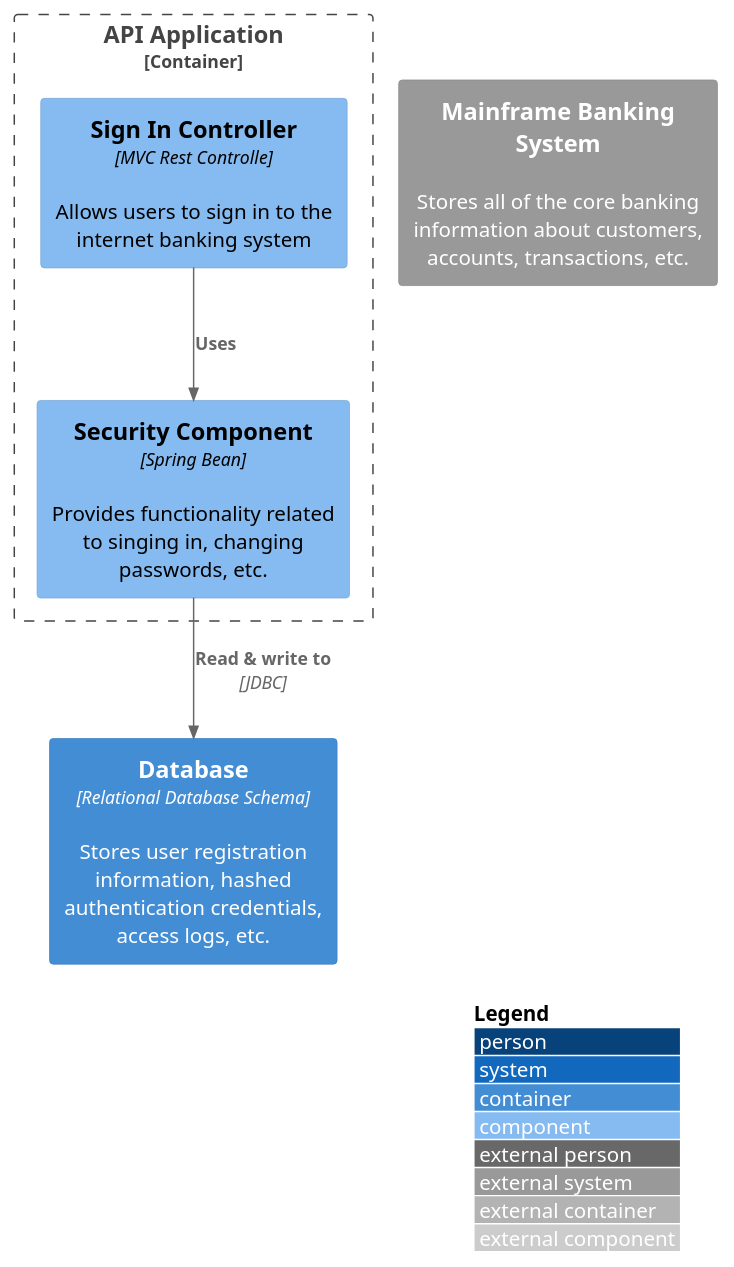
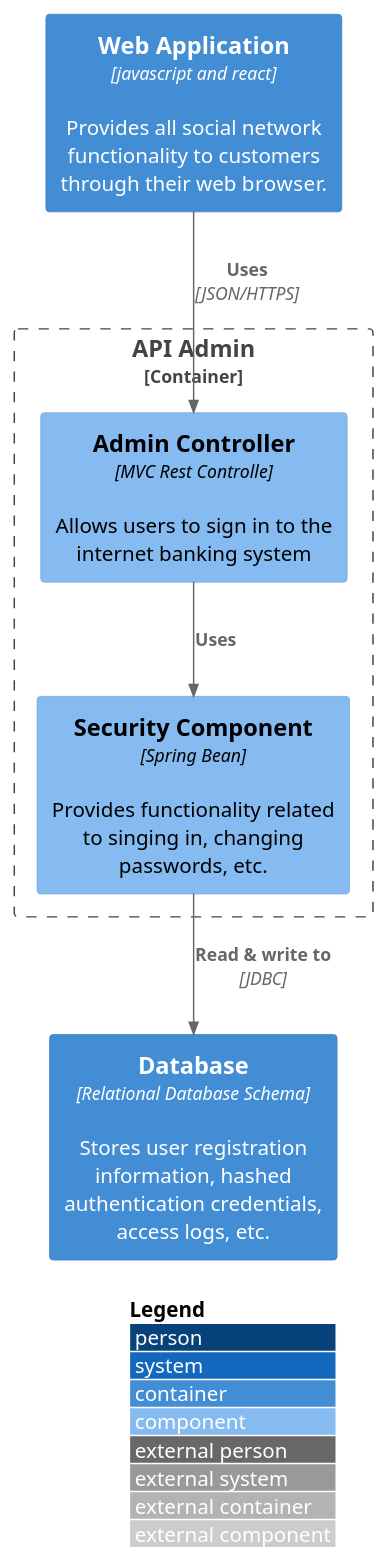
One commit to ertelsoares/Disciplinas-TSI changed the diagram in C4-Analise-de-sistemas-2/ModeloArquiteturaC4/src/Red-Chat/API Admin/container.puml. Above: the diagram before and after it, drawn with PlantUML.

```diff
--- a/C4-Analise-de-sistemas-2/ModeloArquiteturaC4/src/Red-Chat/API Admin/container.puml
+++ b/C4-Analise-de-sistemas-2/ModeloArquiteturaC4/src/Red-Chat/API Admin/container.puml
@@ -1,19 +1,18 @@
 @startuml
 !include https://raw.githubusercontent.com/adrianvlupu/C4-PlantUML/latest/C4_Component.puml
 
 LAYOUT_WITH_LEGEND()
 
+Container(spa, "Web Application", "javascript and react", "Provides all social network functionality to customers through their web browser.")
+Container(db, "Database", "Relational Database Schema", "Stores user registration information, hashed authentication credentials, access logs, etc.")
 
-Container(db, "Database", "Relational Database Schema", "Stores user registration information, hashed authentication credentials, access logs, etc.")
-System_Ext(mbs, "Mainframe Banking System", "Stores all of the core banking information about customers, accounts, transactions, etc.")
-
-Container_Boundary(api, "API Application") {
-    Component(sign, "Sign In Controller", "MVC Rest Controlle", "Allows users to sign in to the internet banking system")
+Container_Boundary(api, "API Admin") {
+    Component(admin, "Admin Controller", "MVC Rest Controlle", "Allows users to sign in to the internet banking system")
     Component(security, "Security Component", "Spring Bean", "Provides functionality related to singing in, changing passwords, etc.")
 
-    Rel(sign, security, "Uses")
+    Rel(admin, security, "Uses")
     Rel(security, db, "Read & write to", "JDBC")
+    Rel(spa, admin, "Uses", "JSON/HTTPS")
 }
 
-
 @enduml
```
